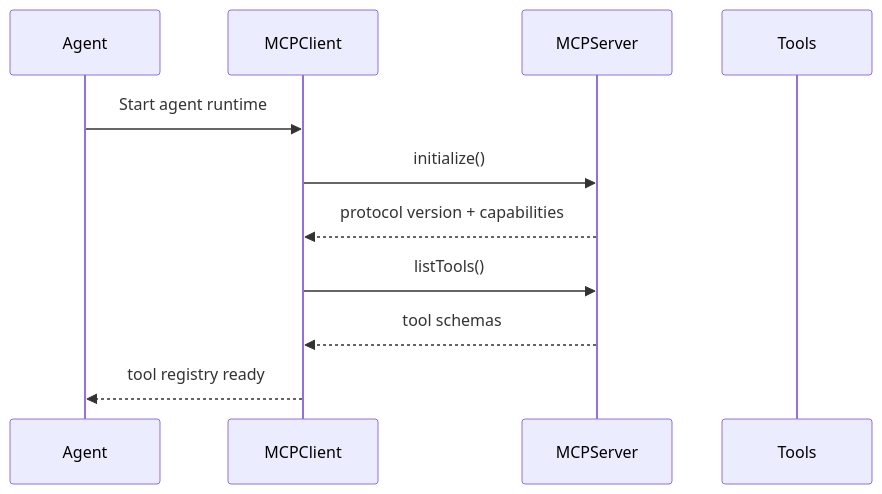
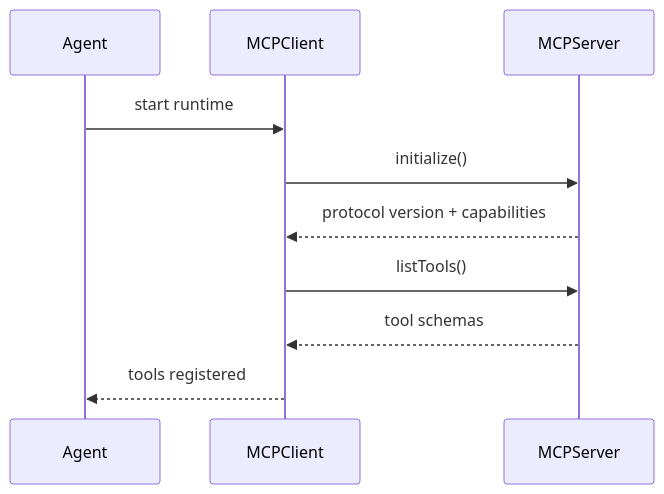
The second of 4 diagrams in blog/mcp_explained.md (hermes-speedboat/wikijs.bitbull), drawn with Mermaid before and after one commit. The commit also changed other lines of this file, not shown here.

````diff
--- a/blog/mcp_explained.md
+++ b/blog/mcp_explained.md
@@ -77,14 +102,13 @@
 ```mermaid
 sequenceDiagram
   participant Agent
   participant MCPClient
   participant MCPServer
-  participant Tools
 
-  Agent->>MCPClient: Start agent runtime
+  Agent->>MCPClient: start runtime
   MCPClient->>MCPServer: initialize()
   MCPServer-->>MCPClient: protocol version + capabilities
   MCPClient->>MCPServer: listTools()
   MCPServer-->>MCPClient: tool schemas
-  MCPClient-->>Agent: tool registry ready
+  MCPClient-->>Agent: tools registered
 ```
````
